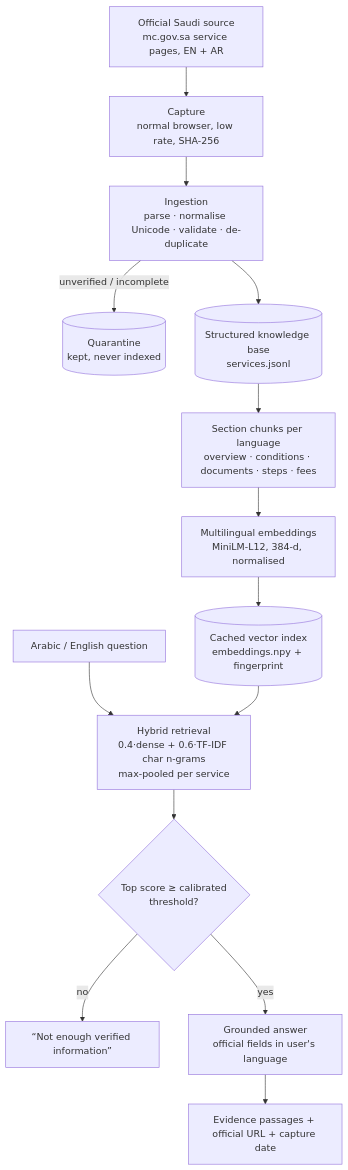
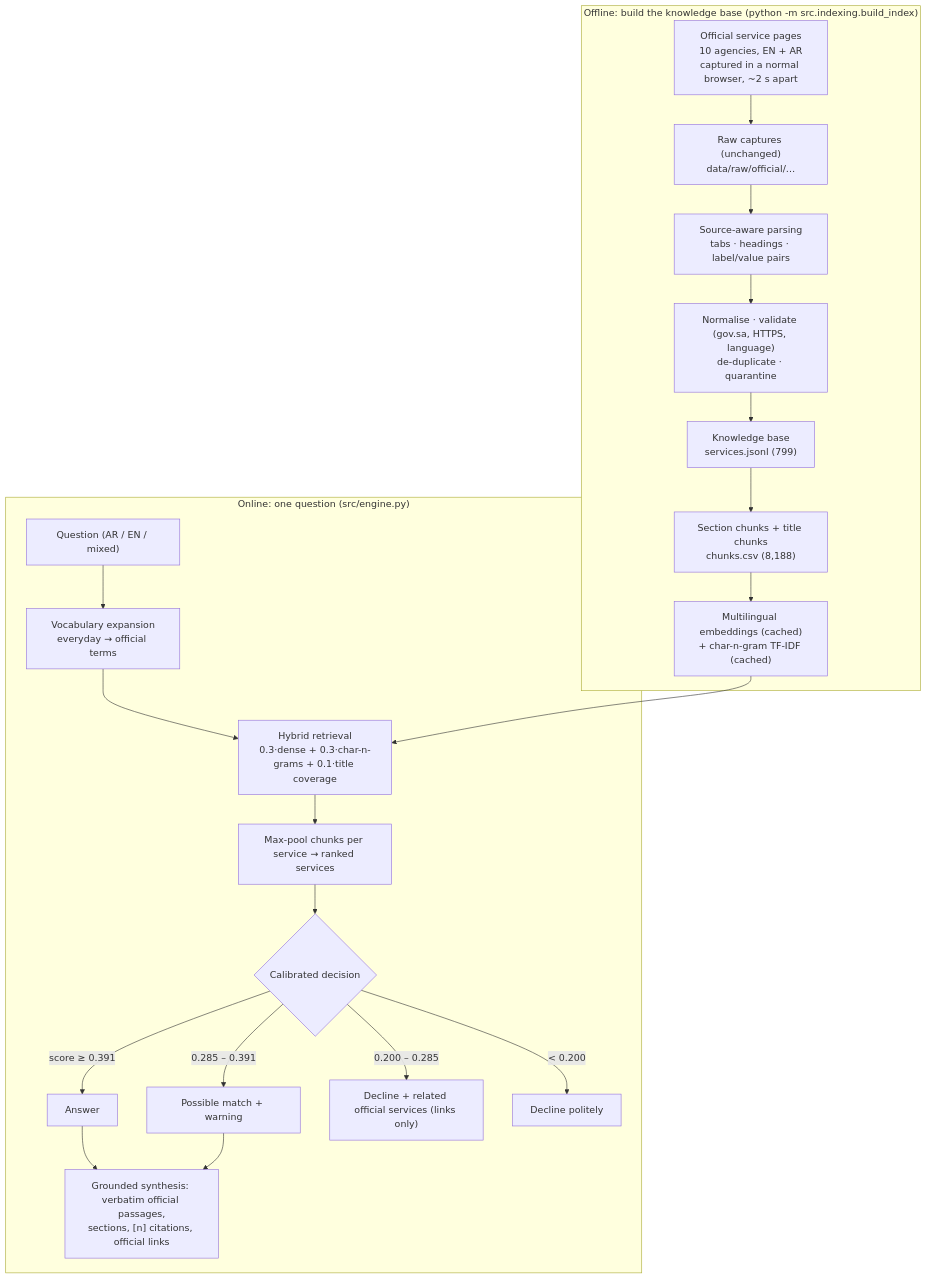
One commit to emanmusheer2008-glitch/dalil-ai changed the diagram in README.md. Above: the diagram before and after it, drawn with Mermaid. The commit also changed other lines of this file and 63 other files, not shown here.

````diff
--- a/README.md
+++ b/README.md
@@ -35,16 +70,24 @@
 ```mermaid
-flowchart TD
-    A[Official Saudi source<br/>mc.gov.sa service pages, EN + AR] --> B[Capture<br/>normal browser, low rate, SHA-256]
-    B --> C[Ingestion<br/>parse · normalise Unicode · validate · de-duplicate]
-    C -->|unverified / incomplete| Q[(Quarantine<br/>kept, never indexed)]
-    C --> D[(Structured knowledge base<br/>services.jsonl)]
-    D --> E[Section chunks per language<br/>overview · conditions · documents · steps · fees]
-    E --> F[Multilingual embeddings<br/>MiniLM-L12, 384-d, normalised]
-    F --> G[(Cached vector index<br/>embeddings.npy + fingerprint)]
-    U[Arabic / English question] --> H
-    G --> H[Hybrid retrieval<br/>0.4·dense + 0.6·TF-IDF char n-grams<br/>max-pooled per service]
-    H --> I{Top score ≥ calibrated<br/>threshold?}
-    I -- no --> R[“Not enough verified information”]
-    I -- yes --> J[Grounded answer<br/>official fields in user's language]
-    J --> K[Evidence passages + official URL + capture date]
+flowchart TB
+  subgraph Offline["Offline: build the knowledge base (python -m src.indexing.build_index)"]
+    A["Official service pages<br/>10 agencies, EN + AR<br/>captured in a normal browser, ~2 s apart"] --> B["Raw captures (unchanged)<br/>data/raw/official/…"]
+    B --> C["Source-aware parsing<br/>tabs · headings · label/value pairs"]
+    C --> D["Normalise · validate (gov.sa, HTTPS, language)<br/>de-duplicate · quarantine"]
+    D --> E["Knowledge base<br/>services.jsonl (799)"]
+    E --> F["Section chunks + title chunks<br/>chunks.csv (8,188)"]
+    F --> G["Multilingual embeddings (cached)<br/>+ char-n-gram TF-IDF (cached)"]
+  end
+  subgraph Online["Online: one question (src/engine.py)"]
+    Q["Question (AR / EN / mixed)"] --> X["Vocabulary expansion<br/>everyday → official terms"]
+    X --> R["Hybrid retrieval<br/>0.3·dense + 0.3·char-n-grams + 0.1·title coverage"]
+    G --> R
+    R --> P["Max-pool chunks per service → ranked services"]
+    P --> T{"Calibrated decision"}
+    T -->|"score ≥ 0.391"| S["Answer"]
+    T -->|"0.285 – 0.391"| M["Possible match + warning"]
+    T -->|"0.200 – 0.285"| L["Decline + related official services (links only)"]
+    T -->|"< 0.200"| N["Decline politely"]
+    S --> Y["Grounded synthesis: verbatim official passages,<br/>sections, [n] citations, official links"]
+    M --> Y
+  end
 ```
````
